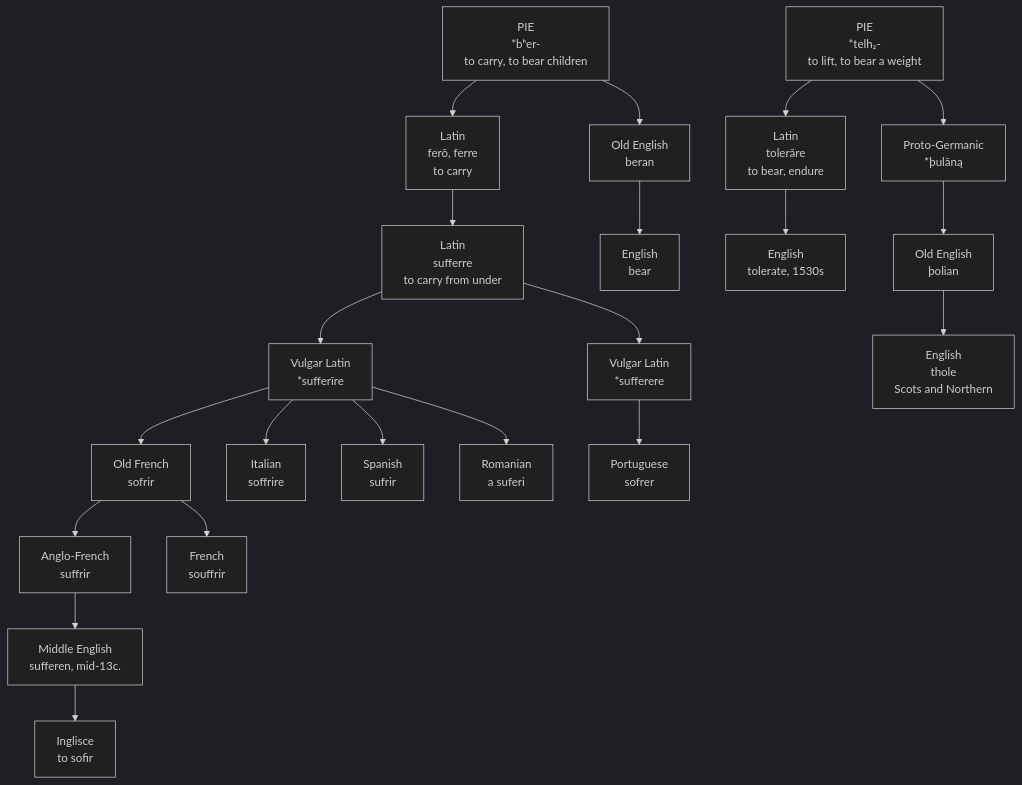
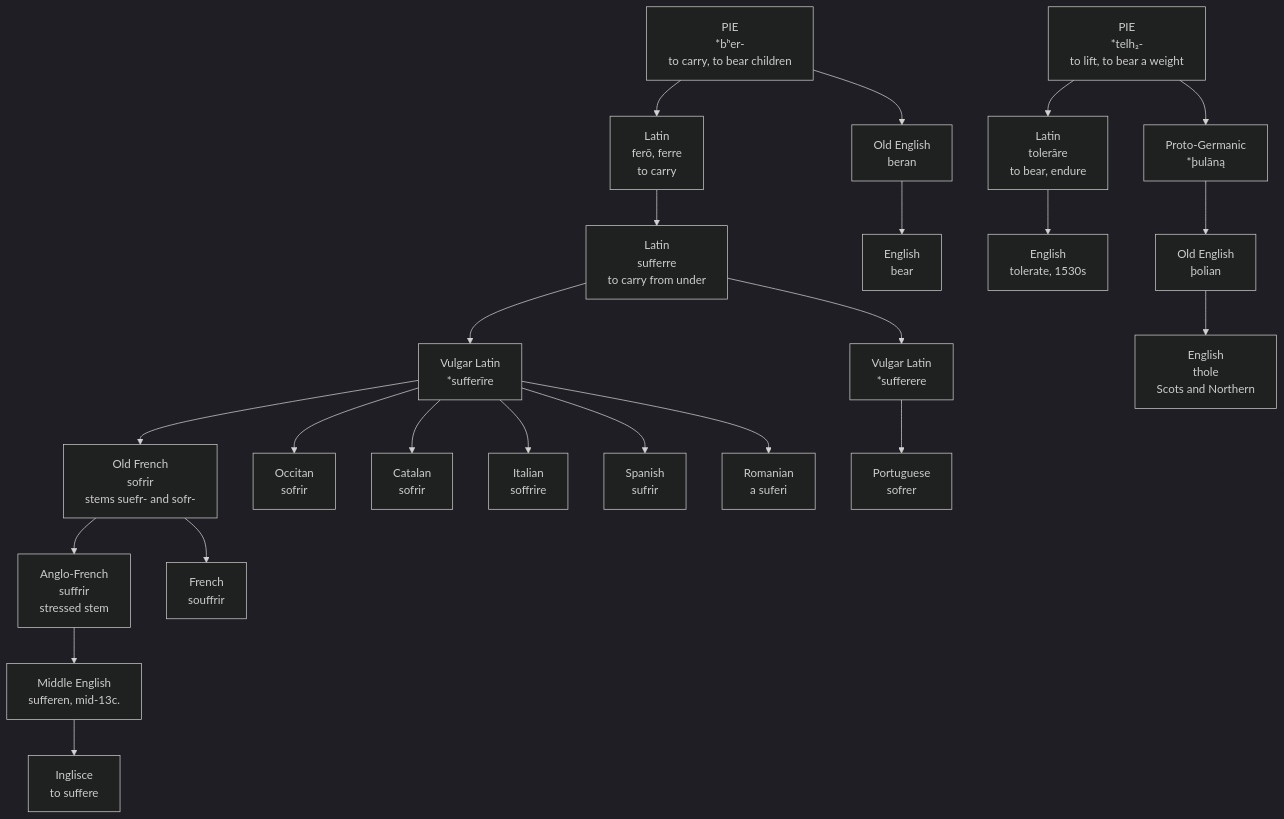
Before and after one commit to dionys93/ety-dictionary: the diagram in data-text/inglisce/etymology/comparisons/s/suffer.md, drawn with Mermaid (dark theme). The commit also changed other lines of this file, not shown here.

````diff
--- a/data-text/inglisce/etymology/comparisons/s/suffer.md
+++ b/data-text/inglisce/etymology/comparisons/s/suffer.md
@@ -81,48 +93,52 @@
 ```mermaid
 flowchart TD
     BHER["PIE<br/>*bʰer-<br/>to carry, to bear children"]
     TELH["PIE<br/>*telh₂-<br/>to lift, to bear a weight"]
 
     FER["Latin<br/>ferō, ferre<br/>to carry"]
     TOL["Latin<br/>tolerāre<br/>to bear, endure"]
     SUF["Latin<br/>sufferre<br/>to carry from under"]
     VLI["Vulgar Latin<br/>*sufferīre"]
     VLE["Vulgar Latin<br/>*sufferere"]
-    OFR["Old French<br/>sofrir"]
-    AFR["Anglo-French<br/>suffrir"]
+    OFR["Old French<br/>sofrir<br/>stems suefr- and sofr-"]
+    AFR["Anglo-French<br/>suffrir<br/>stressed stem"]
     MIE["Middle English<br/>sufferen, mid-13c."]
-    ING["Inglisce<br/>to sofir"]
+    ING["Inglisce<br/>to suffere"]
     FRA["French<br/>souffrir"]
+    OCC["Occitan<br/>sofrir"]
+    CAT["Catalan<br/>sofrir"]
     ITA["Italian<br/>soffrire"]
     SPA["Spanish<br/>sufrir"]
     ROM["Romanian<br/>a suferi"]
     POR["Portuguese<br/>sofrer"]
     TOLE["English<br/>tolerate, 1530s"]
 
     PGM["Proto-Germanic<br/>*þulāną"]
     OEN["Old English<br/>þolian"]
     THO["English<br/>thole<br/>Scots and Northern"]
     OEB["Old English<br/>beran"]
     BER["English<br/>bear"]
 
     BHER --> FER
     BHER --> OEB
     OEB --> BER
     TELH --> TOL
     TELH --> PGM
     TOL --> TOLE
     PGM --> OEN
     OEN --> THO
     FER --> SUF
     SUF --> VLI
     SUF --> VLE
     VLI --> OFR
     OFR --> AFR
     OFR --> FRA
     AFR --> MIE
     MIE --> ING
+    VLI --> OCC
+    VLI --> CAT
     VLI --> ITA
     VLI --> SPA
     VLI --> ROM
     VLE --> POR
 ```
````
